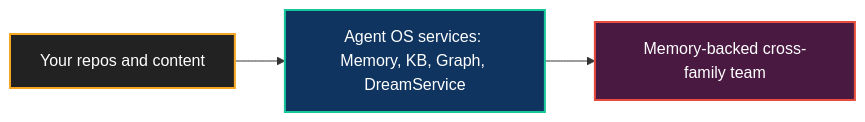
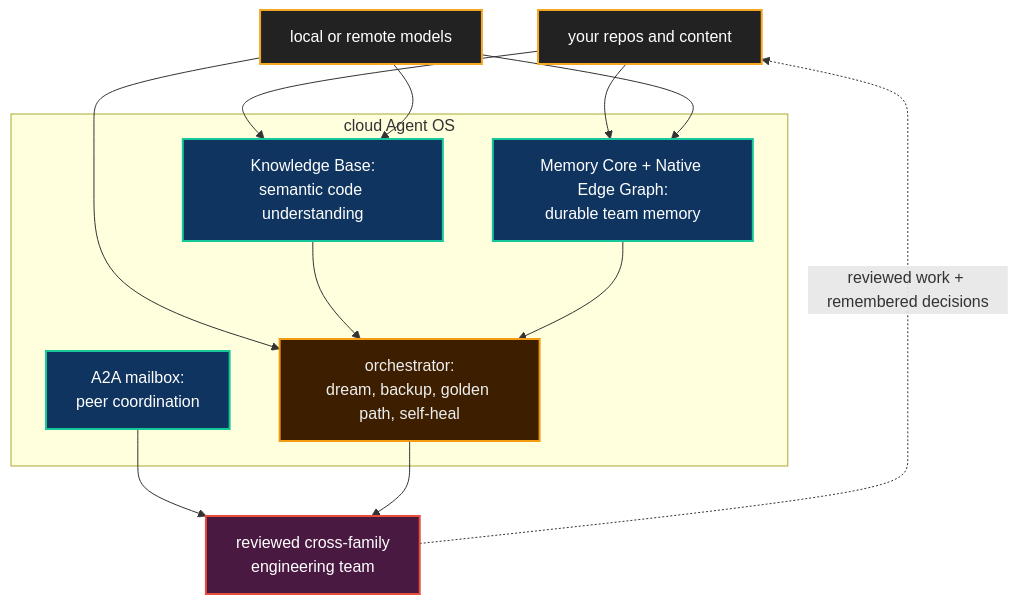
The diagram in learn/benefits/DeployingTheAgentOS.md (neomjs/neo), drawn with Mermaid before and after one commit. The commit also changed other lines of this file and 1 other file, not shown here.

Commit message:
docs(benefits): refresh Agent OS deployment memory value (#14321)

````diff
--- a/learn/benefits/DeployingTheAgentOS.md
+++ b/learn/benefits/DeployingTheAgentOS.md
@@ -13,12 +22,30 @@
 ```mermaid
-flowchart LR
-    classDef src fill:#222,stroke:#f5a623,stroke-width:2px,color:#fff
-    classDef svc fill:#0f3460,stroke:#16c79a,stroke-width:2px,color:#fff
+flowchart TD
+    classDef input fill:#222,stroke:#f5a623,stroke-width:2px,color:#fff
+    classDef brain fill:#0f3460,stroke:#16c79a,stroke-width:2px,color:#fff
+    classDef control fill:#3d1f00,stroke:#f39c12,stroke-width:2px,color:#eee
     classDef team fill:#4a1942,stroke:#e74c3c,stroke-width:2px,color:#fff
 
-    Content["Your repos and content"]:::src
-    Services["Agent OS services: Memory, KB, Graph, DreamService"]:::svc
-    Team["Memory-backed cross-family team"]:::team
+    Repos["your repos and content"]:::input
+    Models["local or remote models"]:::input
 
-    Content --> Services --> Team
+    subgraph Cloud["cloud Agent OS"]
+        KB["Knowledge Base:<br/>semantic code understanding"]:::brain
+        MC["Memory Core + Native Edge Graph:<br/>durable team memory"]:::brain
+        Orchestrator["orchestrator:<br/>dream, backup, golden path, self-heal"]:::control
+        A2A["A2A mailbox:<br/>peer coordination"]:::brain
+    end
+
+    Team["reviewed cross-family<br/>engineering team"]:::team
+
+    Repos --> KB
+    Repos --> MC
+    Models --> KB
+    Models --> MC
+    Models --> Orchestrator
+    KB --> Orchestrator
+    MC --> Orchestrator
+    A2A --> Team
+    Orchestrator --> Team
+    Team -.->|"reviewed work + remembered decisions"| Repos
 ```
````
